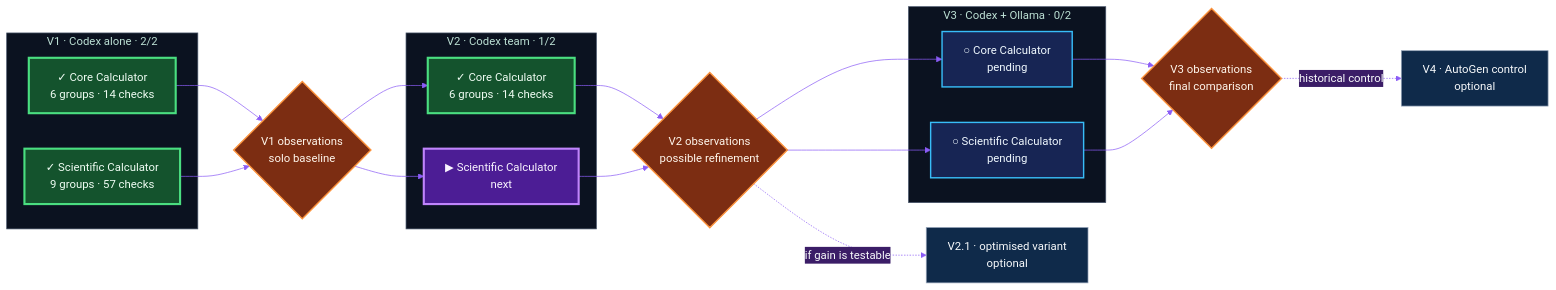
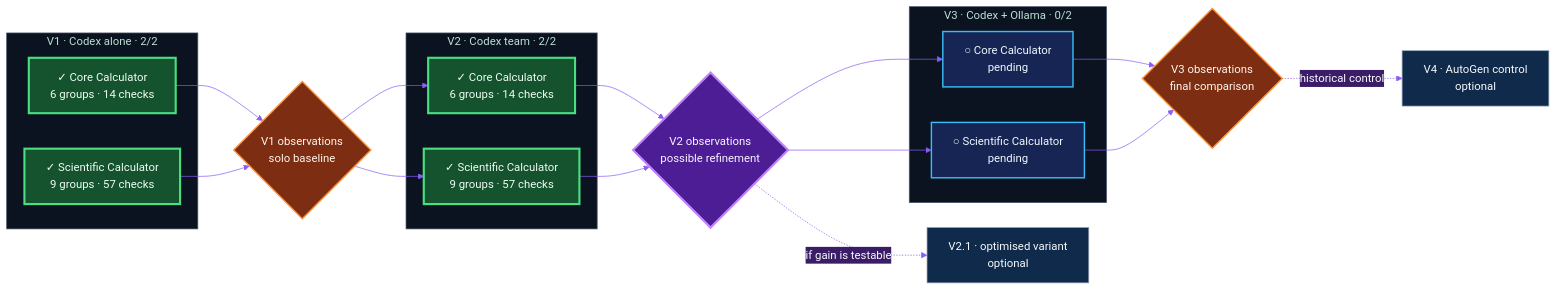
The diagram in README.en.md (ERICRAC/AgentBench-2026), drawn with Mermaid before and after one commit. The commit also changed other lines of this file and 18 other files, not shown here.

````diff
--- a/README.en.md
+++ b/README.en.md
@@ -39,50 +39,50 @@
 ```mermaid
 %%{init: {"theme": "base", "themeVariables": {
   "primaryColor": "#0f2a4a",
   "primaryTextColor": "#f8fafc",
   "primaryBorderColor": "#22d3ee",
   "secondaryColor": "#3b1d67",
   "tertiaryColor": "#431f2b",
   "fontFamily": "system-ui",
   "lineColor": "#8b5cf6",
   "clusterBkg": "#0b1220",
   "clusterBorder": "#475569"
 }}}%%
 flowchart LR
     subgraph V1["V1 · Codex alone · 2/2"]
       V1C["✓ Core Calculator<br/>6 groups · 14 checks"]
       V1S["✓ Scientific Calculator<br/>9 groups · 57 checks"]
     end
     G1{"V1 observations<br/>solo baseline"}
-    subgraph V2["V2 · Codex team · 1/2"]
+    subgraph V2["V2 · Codex team · 2/2"]
       V2C["✓ Core Calculator<br/>6 groups · 14 checks"]
-      V2S["▶ Scientific Calculator<br/>next"]
+      V2S["✓ Scientific Calculator<br/>9 groups · 57 checks"]
     end
     G2{"V2 observations<br/>possible refinement"}
     V21["V2.1 · optimised variant<br/>optional"]
     subgraph V3["V3 · Codex + Ollama · 0/2"]
       V3C["○ Core Calculator<br/>pending"]
       V3S["○ Scientific Calculator<br/>pending"]
     end
     G3{"V3 observations<br/>final comparison"}
     V4["V4 · AutoGen control<br/>optional"]
 
     V1C & V1S --> G1
     G1 --> V2C & V2S
     V2C & V2S --> G2
     G2 -. "if gain is testable" .-> V21
     G2 --> V3C & V3S
     V3C & V3S --> G3
     G3 -. "historical control" .-> V4
 
     classDef done fill:#14532d,stroke:#4ade80,color:#f0fdf4,stroke-width:3px;
     classDef next fill:#4c1d95,stroke:#c084fc,color:#faf5ff,stroke-width:3px;
     classDef todo fill:#172554,stroke:#38bdf8,color:#f0f9ff,stroke-width:2px;
     classDef gate fill:#7c2d12,stroke:#fb923c,color:#fff7ed,stroke-width:2px;
     classDef optional fill:#0f2a4a,stroke:#94a3b8,color:#f8fafc;
-    class V1C,V1S,V2C done;
-    class V2S next;
+    class V1C,V1S,V2C,V2S done;
     class V3C,V3S todo;
-    class G1,G2,G3 gate;
+    class G1,G3 gate;
+    class G2 next;
     class V21,V4 optional;
 ```
````
